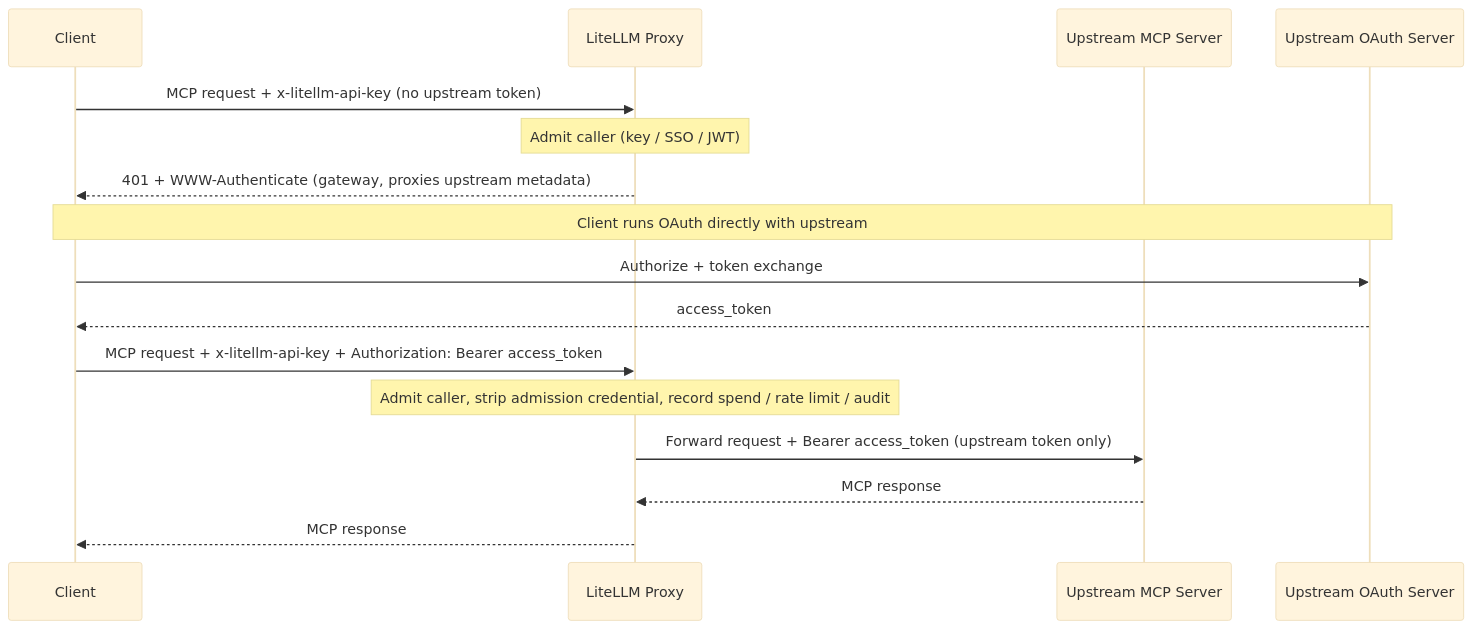
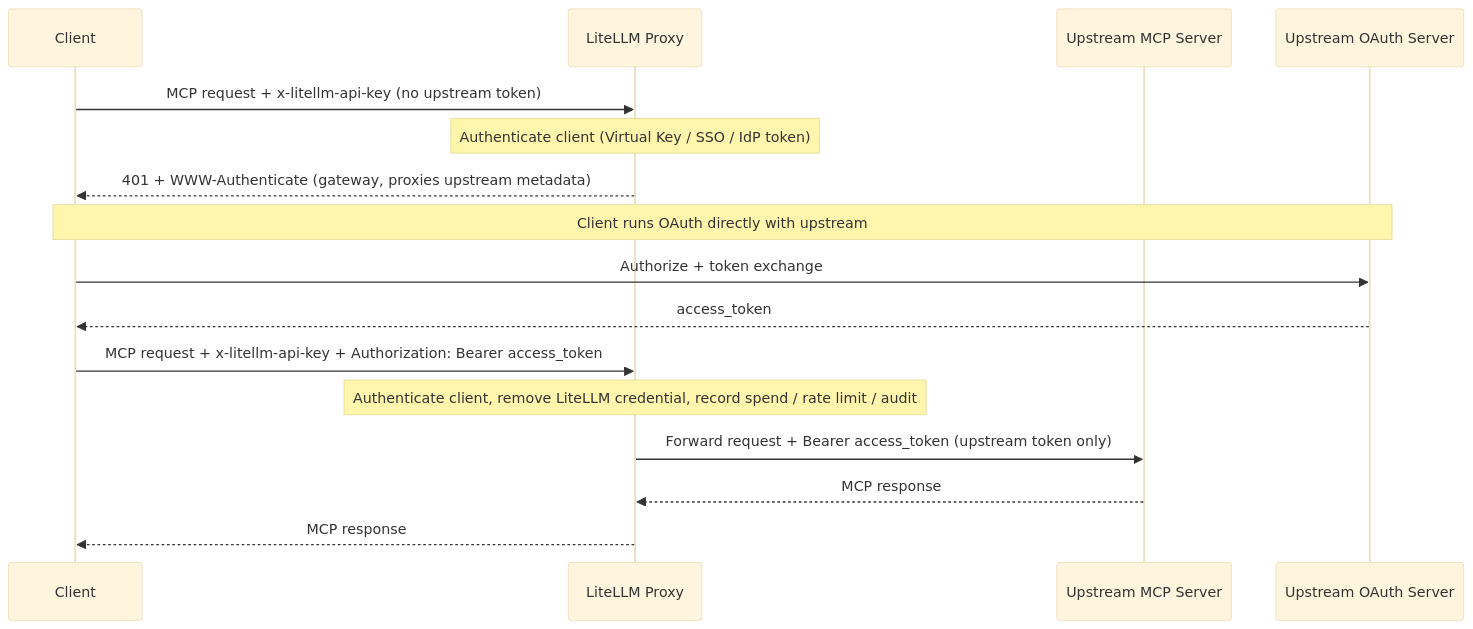
Before and after one commit to BerriAI/litellm-docs: the second of 4 diagrams in docs/mcp_oauth_passthrough.md, drawn with Mermaid (base theme). The commit also changed other lines of this file and 16 other files, not shown here.

````diff
--- a/docs/mcp_oauth_passthrough.md
+++ b/docs/mcp_oauth_passthrough.md
@@ -130,21 +135,21 @@
 ```mermaid
 sequenceDiagram
     participant Client
     participant LiteLLM as LiteLLM Proxy
     participant MCP as Upstream MCP Server
     participant Auth as Upstream OAuth Server
 
     Client->>LiteLLM: MCP request + x-litellm-api-key (no upstream token)
-    Note over LiteLLM: Admit caller (key / SSO / JWT)
+    Note over LiteLLM: Authenticate client (Virtual Key / SSO / IdP token)
     LiteLLM-->>Client: 401 + WWW-Authenticate (gateway, proxies upstream metadata)
 
     Note over Client,Auth: Client runs OAuth directly with upstream
     Client->>Auth: Authorize + token exchange
     Auth-->>Client: access_token
 
     Client->>LiteLLM: MCP request + x-litellm-api-key + Authorization: Bearer access_token
-    Note over LiteLLM: Admit caller, strip admission credential, record spend / rate limit / audit
+    Note over LiteLLM: Authenticate client, remove LiteLLM credential, record spend / rate limit / audit
     LiteLLM->>MCP: Forward request + Bearer access_token (upstream token only)
     MCP-->>LiteLLM: MCP response
     LiteLLM-->>Client: MCP response
 ```
````
